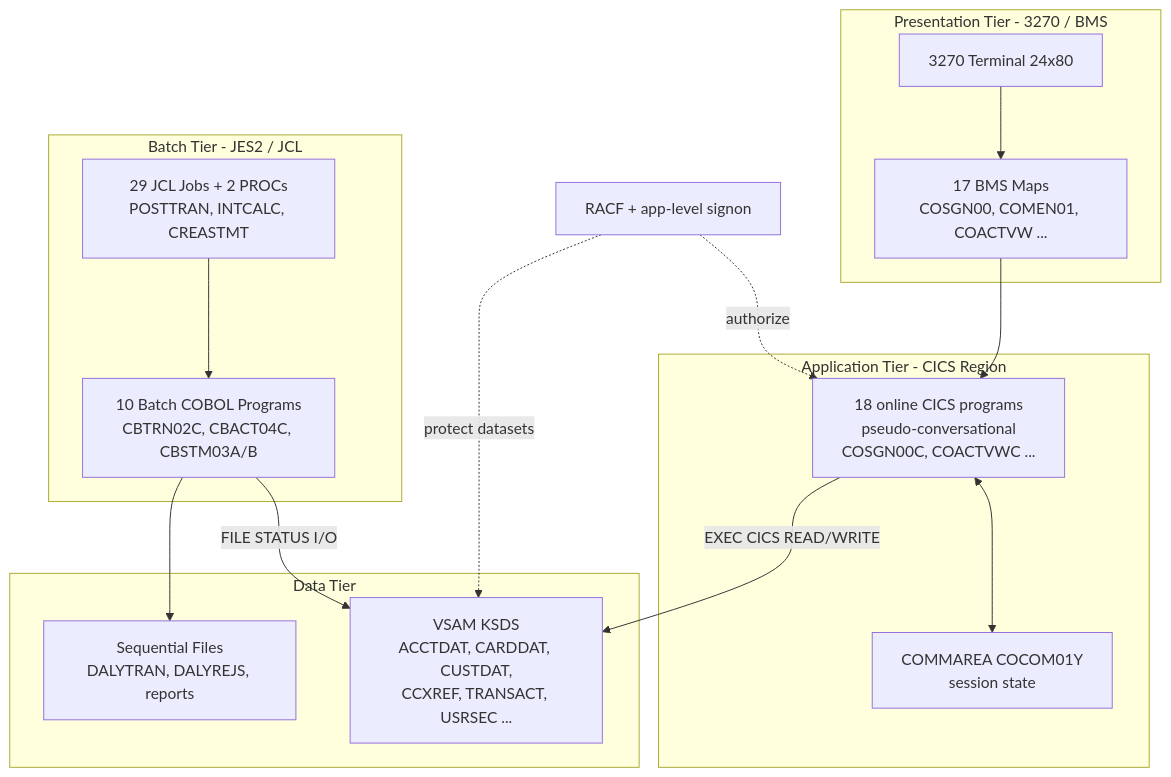
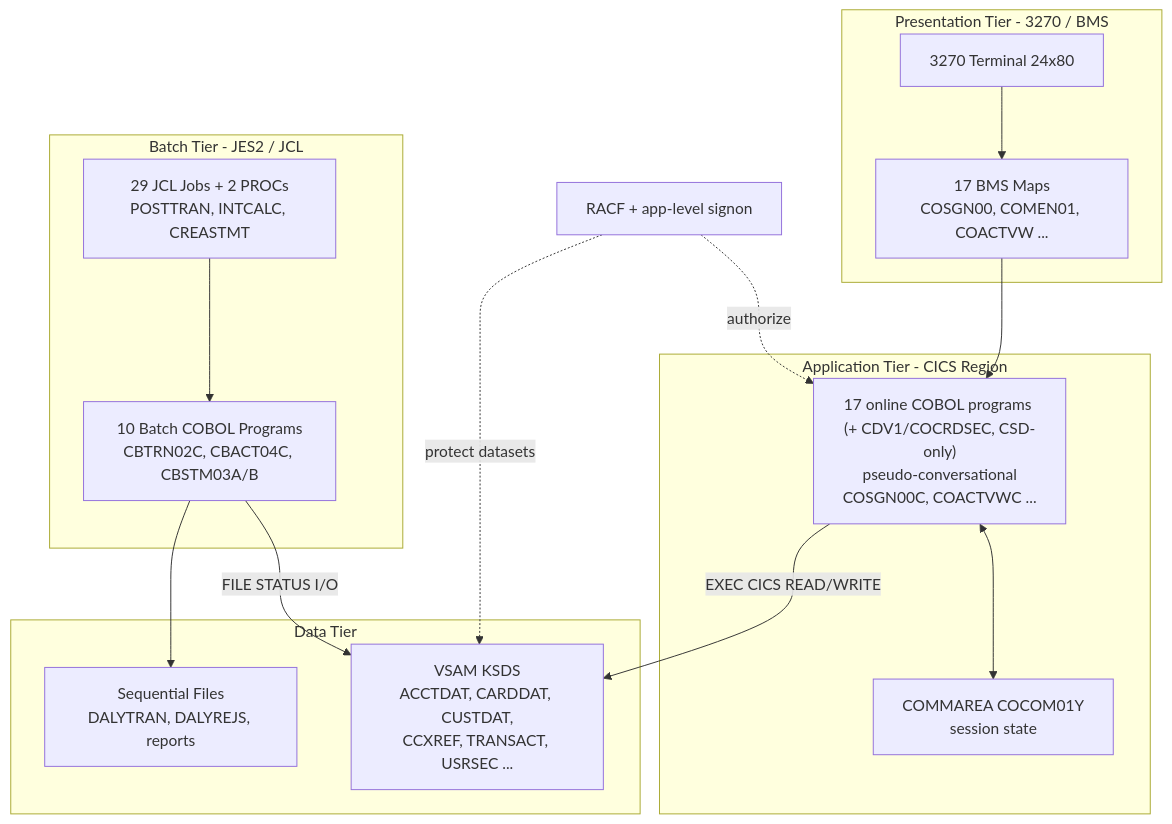
The first of 2 diagrams in docs/architecture/architecture.md (blitzy-public-samples/aws-carddemo-blitzy), drawn with Mermaid before and after one commit. The commit also changed other lines of this file and 70 other files, not shown here.

````diff
--- a/docs/architecture/architecture.md
+++ b/docs/architecture/architecture.md
@@ -23,32 +23,32 @@
 ```mermaid
 graph TD
     subgraph PRES["Presentation Tier - 3270 / BMS"]
         T1["3270 Terminal 24x80"]
         BMS["17 BMS Maps<br/>COSGN00, COMEN01, COACTVW ..."]
     end
     subgraph APP["Application Tier - CICS Region"]
-        ONL["18 online CICS programs<br/>pseudo-conversational<br/>COSGN00C, COACTVWC ..."]
+        ONL["17 online COBOL programs (+ CDV1/COCRDSEC, CSD-only)<br/>pseudo-conversational<br/>COSGN00C, COACTVWC ..."]
         CA["COMMAREA COCOM01Y<br/>session state"]
     end
     subgraph BATCH["Batch Tier - JES2 / JCL"]
         JCL["29 JCL Jobs + 2 PROCs<br/>POSTTRAN, INTCALC, CREASTMT"]
         BAT["10 Batch COBOL Programs<br/>CBTRN02C, CBACT04C, CBSTM03A/B"]
     end
     subgraph DATA["Data Tier"]
         VSAM["VSAM KSDS<br/>ACCTDAT, CARDDAT, CUSTDAT,<br/>CCXREF, TRANSACT, USRSEC ..."]
         SEQ["Sequential Files<br/>DALYTRAN, DALYREJS, reports"]
     end
     SEC["RACF + app-level signon"]
 
     T1 --> BMS --> ONL
     ONL <--> CA
     ONL -->|"EXEC CICS READ/WRITE"| VSAM
     JCL --> BAT
     BAT -->|"FILE STATUS I/O"| VSAM
     BAT --> SEQ
     SEC -.->|"authorize"| ONL
     SEC -.->|"protect datasets"| VSAM
 
     %% Legend: solid arrows = runtime data/control flow; dashed arrows = security/authorization.
     %% Tiers: Presentation (3270/BMS), Application (CICS online), Batch (JES2/JCL), Data (VSAM/sequential).
 ```
````
